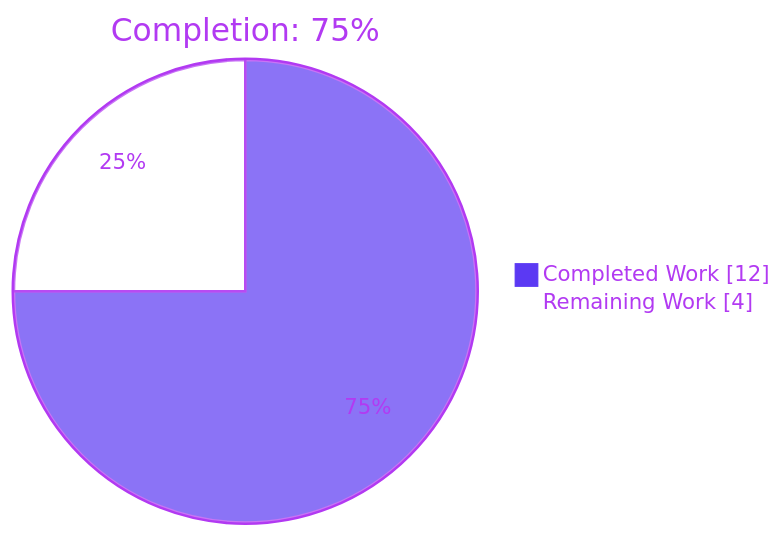
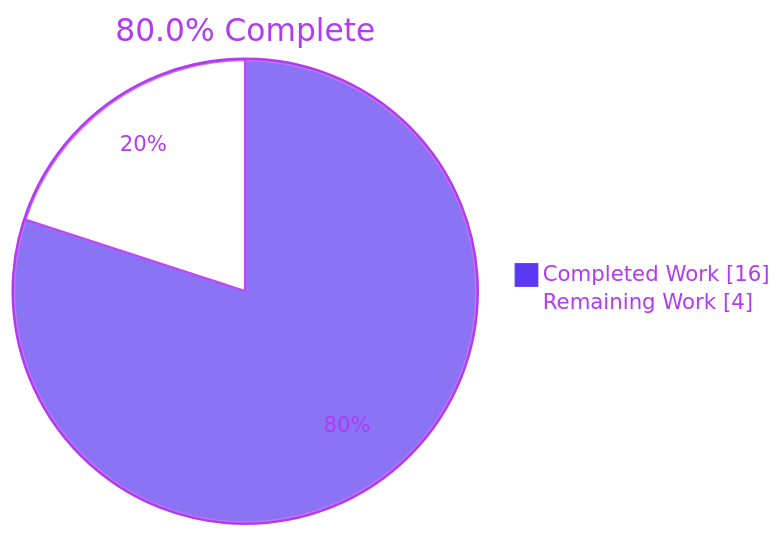
The first of 3 diagrams in blitzy/documentation/Project Guide.md (lakshya-blitzy/empty_repo_to_push_new_prod_code_3009_alreadyused), drawn with Mermaid before and after one commit. The commit also changed other lines of this file, not shown here.

````diff
--- a/blitzy/documentation/Project Guide.md
+++ b/blitzy/documentation/Project Guide.md
@@ -9,6 +9,7 @@
 ```mermaid
-%%{init: {'theme':'base','themeVariables':{'pie1':'#5B39F3','pie2':'#FFFFFF','pieStrokeColor':'#B23AF2','pieOuterStrokeColor':'#B23AF2','pieTitleTextColor':'#B23AF2','pieSectionTextColor':'#B23AF2','pieLegendTextColor':'#B23AF2'}}}%%
-pie showData title Completion: 75%
-    "Completed Work" : 12
+%%{init: {"theme": "base", "themeVariables": {"pie1": "#5B39F3", "pie2": "#FFFFFF", "pieStrokeColor": "#B23AF2", "pieOuterStrokeColor": "#B23AF2", "pieTitleTextColor": "#B23AF2", "pieSectionTextColor": "#B23AF2", "pieLegendTextColor": "#B23AF2"}}}%%
+pie showData
+    title 80.0% Complete
+    "Completed Work" : 16
     "Remaining Work" : 4
 ```
````
